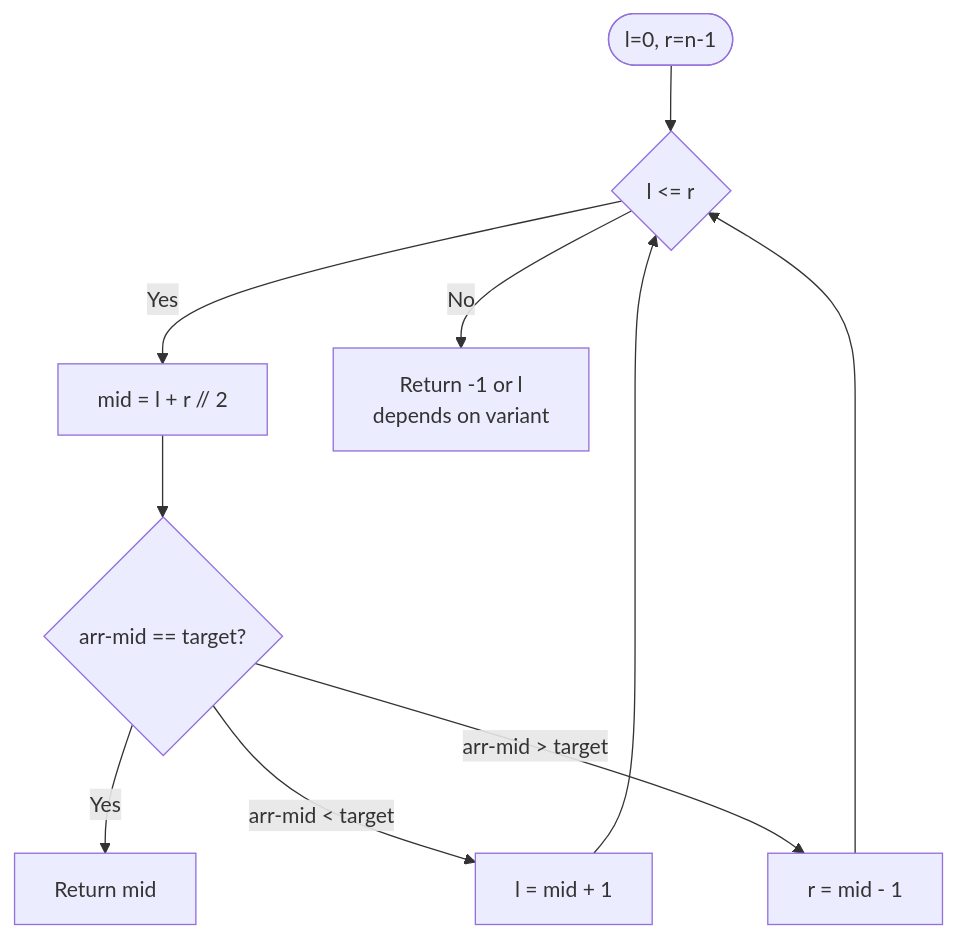
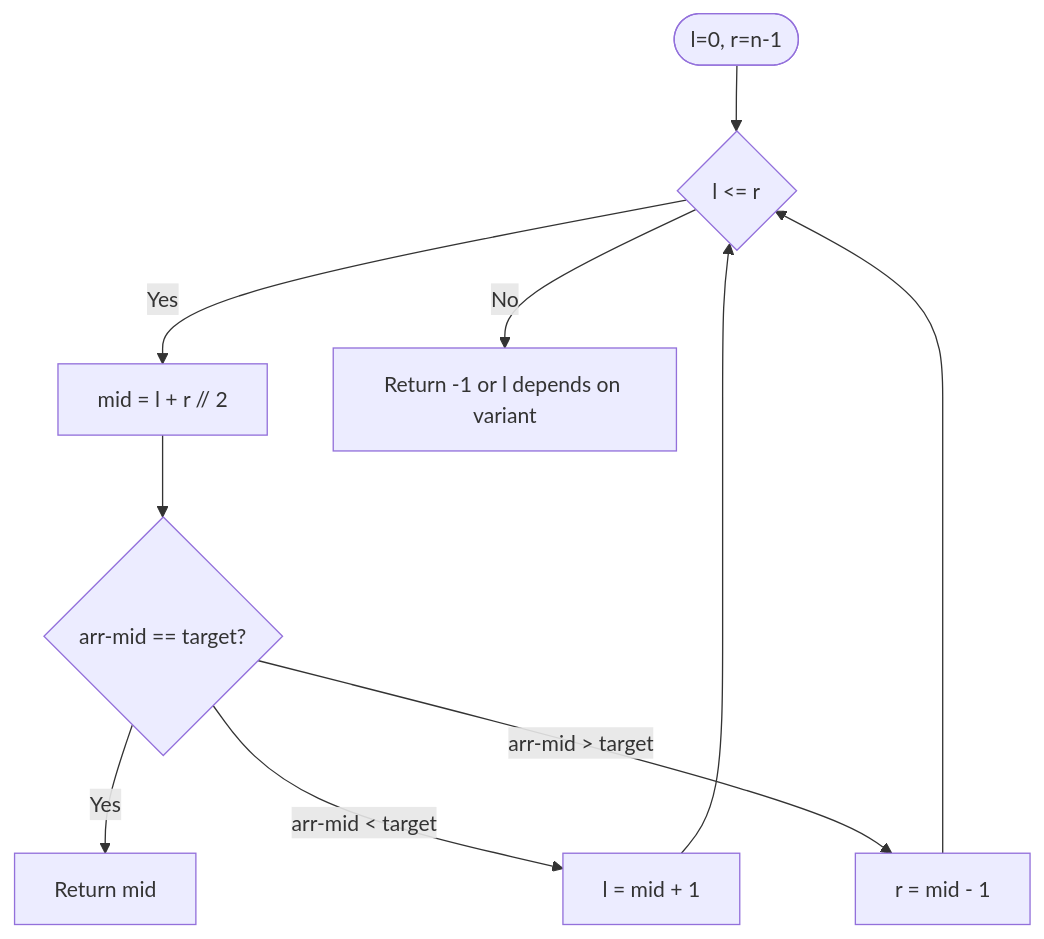
Before and after one commit to deepanshu-rawat6/AlgoAtlas: the second of 6 diagrams in binary_search/README.md, drawn with Mermaid. The commit also changed other lines of this file and 13 other files, not shown here.

````diff
--- a/binary_search/README.md
+++ b/binary_search/README.md
@@ -52,12 +52,12 @@
 ```mermaid
 flowchart TD
     A([l=0, r=n-1]) --> B{"l <= r"}
     B -->|Yes| C[mid = l + r // 2]
     C --> D{"arr-mid == target?"}
     D -->|Yes| E[Return mid]
     D -->|arr-mid < target| F[l = mid + 1]
     D -->|arr-mid > target| G[r = mid - 1]
     F --> B
     G --> B
-    B -->|No| H[Return -1 or l<br>depends on variant]
+    B -->|No| H[Return -1 or l depends on variant]
 ```
````
